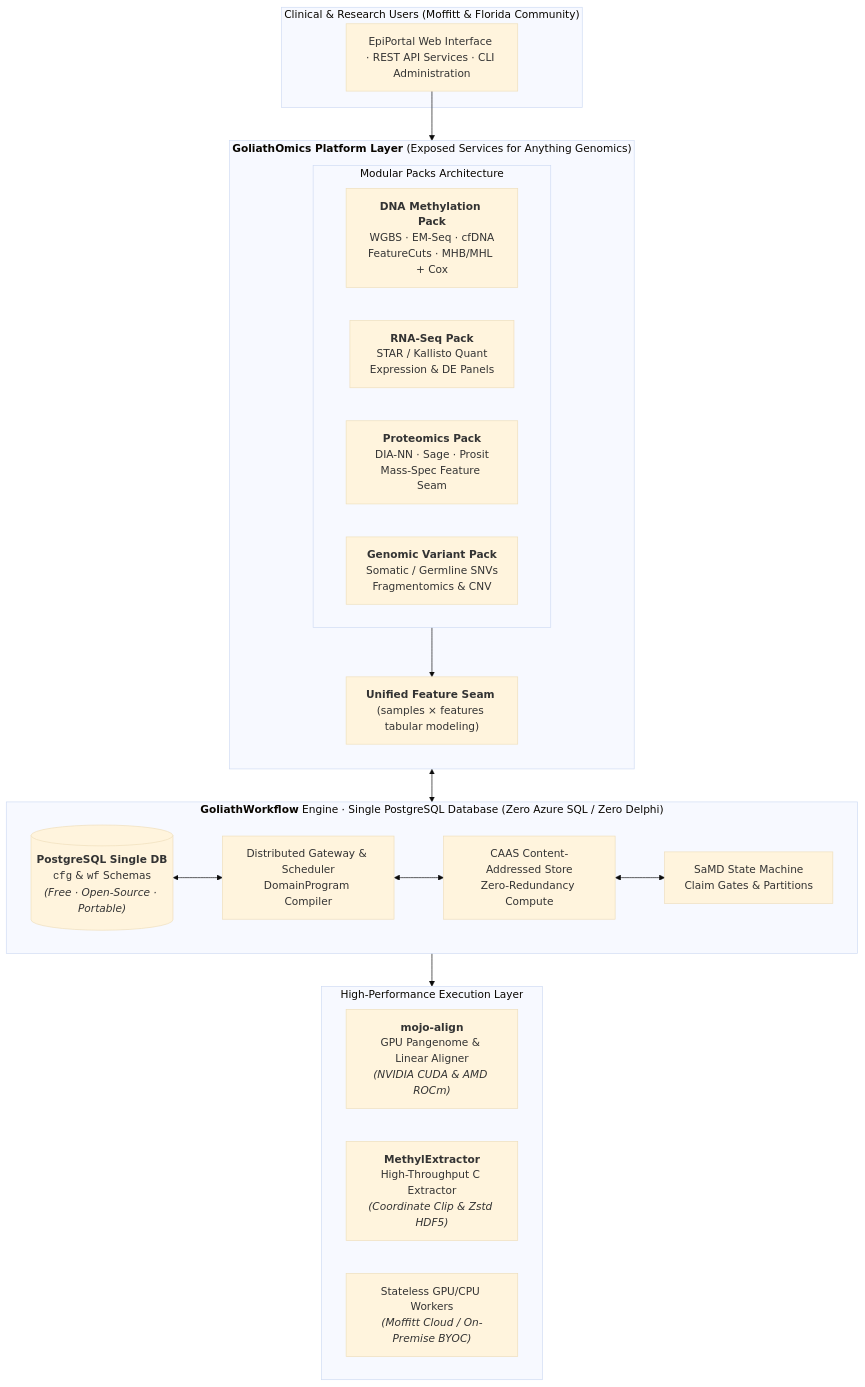
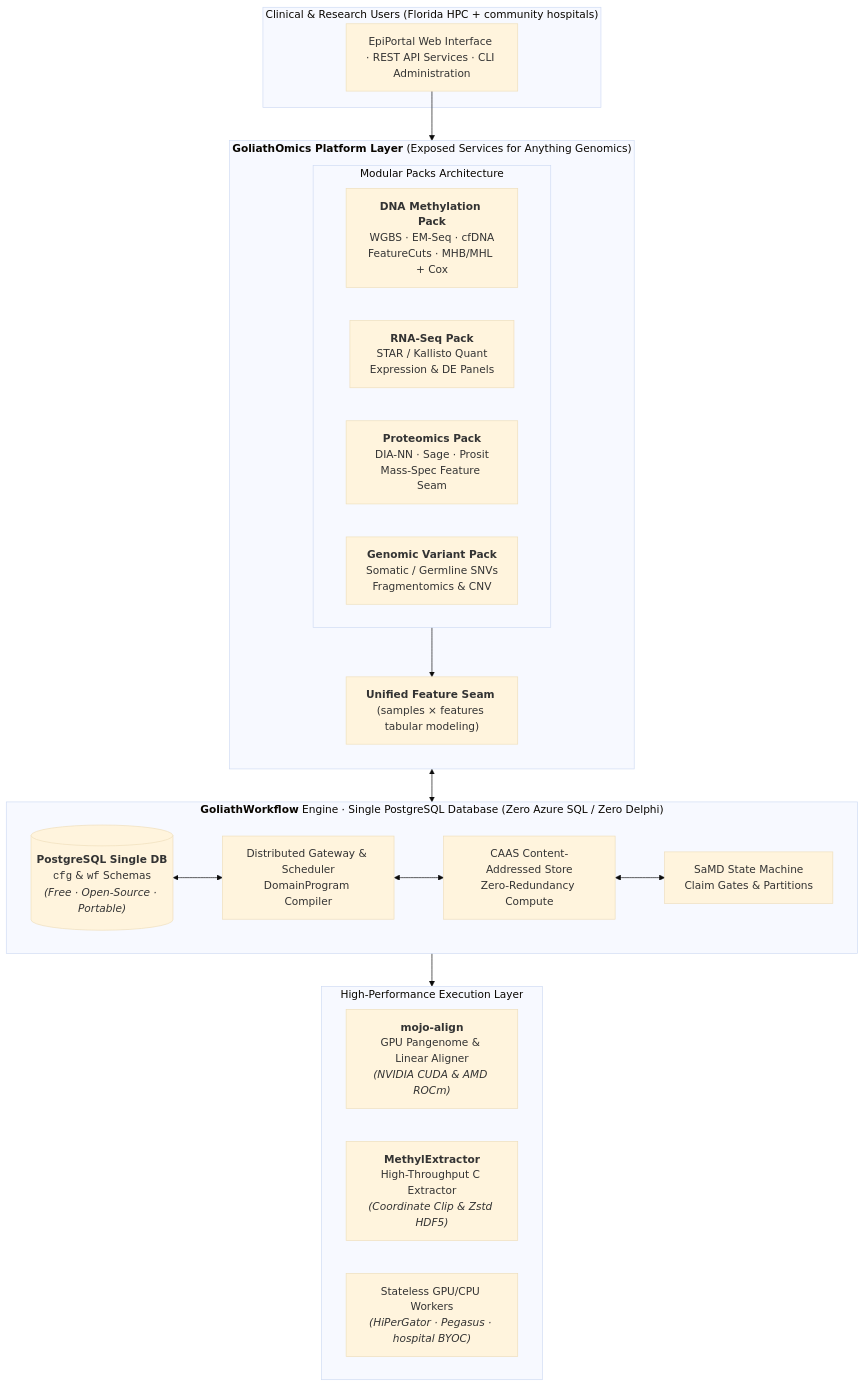
One commit to Goliath-Research/GoliathWorkflow changed the first of 3 diagrams in docs/research/moffitt_partnership_opportunity_brief.md. Above: the diagram before and after it, drawn with Mermaid (base theme). The commit also changed other lines of this file and 5 other files, not shown here.

First line of the commit message:
Retarget the Florida partnership brief away from Moffitt as IT lead.

````diff
--- a/docs/research/moffitt_partnership_opportunity_brief.md
+++ b/docs/research/moffitt_partnership_opportunity_brief.md
@@ -36,38 +38,38 @@
 ```mermaid
 flowchart TB
-    subgraph Client_Layer["Clinical & Research Users (Moffitt & Florida Community)"]
+    subgraph Client_Layer["Clinical & Research Users (Florida HPC + community hospitals)"]
         UI["EpiPortal Web Interface · REST API Services · CLI Administration"]
     end
 
     subgraph GoliathOmics_Platform["<b>GoliathOmics Platform Layer</b> (Exposed Services for Anything Genomics)"]
         direction TB
         subgraph Packs["Modular Packs Architecture"]
             direction LR
             P_METH["<b>DNA Methylation Pack</b><br/>WGBS · EM-Seq · cfDNA<br/>FeatureCuts · MHB/MHL + Cox"]
             P_RNA["<b>RNA-Seq Pack</b><br/>STAR / Kallisto Quant<br/>Expression & DE Panels"]
             P_PROT["<b>Proteomics Pack</b><br/>DIA-NN · Sage · Prosit<br/>Mass-Spec Feature Seam"]
             P_VAR["<b>Genomic Variant Pack</b><br/>Somatic / Germline SNVs<br/>Fragmentomics & CNV"]
         end
         FEAT_SEAM["<b>Unified Feature Seam</b> (samples × features tabular modeling)"]
         Packs --> FEAT_SEAM
     end
 
     subgraph Backend_Engine["<b>GoliathWorkflow</b> Engine · Single PostgreSQL Database (Zero Azure SQL / Zero Delphi)"]
         direction LR
         DB[("<b>PostgreSQL Single DB</b><br/><code>cfg</code> & <code>wf</code> Schemas<br/><i>(Free · Open-Source · Portable)</i>")]
         GW_ENG["Distributed Gateway & Scheduler<br/>DomainProgram Compiler"]
         CAAS["CAAS Content-Addressed Store<br/>Zero-Redundancy Compute"]
         SAMD["SaMD State Machine<br/>Claim Gates & Partitions"]
         DB <--> GW_ENG <--> CAAS <--> SAMD
     end
 
     subgraph Compute_Hardware["High-Performance Execution Layer"]
         MA["<b>mojo-align</b><br/>GPU Pangenome & Linear Aligner<br/><i>(NVIDIA CUDA & AMD ROCm)</i>"]
         ME["<b>MethylExtractor</b><br/>High-Throughput C Extractor<br/><i>(Coordinate Clip & Zstd HDF5)</i>"]
-        WORKERS["Stateless GPU/CPU Workers<br/><i>(Moffitt Cloud / On-Premise BYOC)</i>"]
+        WORKERS["Stateless GPU/CPU Workers<br/><i>(HiPerGator · Pegasus · hospital BYOC)</i>"]
     end
 
     UI --> GoliathOmics_Platform
     GoliathOmics_Platform <--> Backend_Engine
     Backend_Engine --> Compute_Hardware
 ```
````
